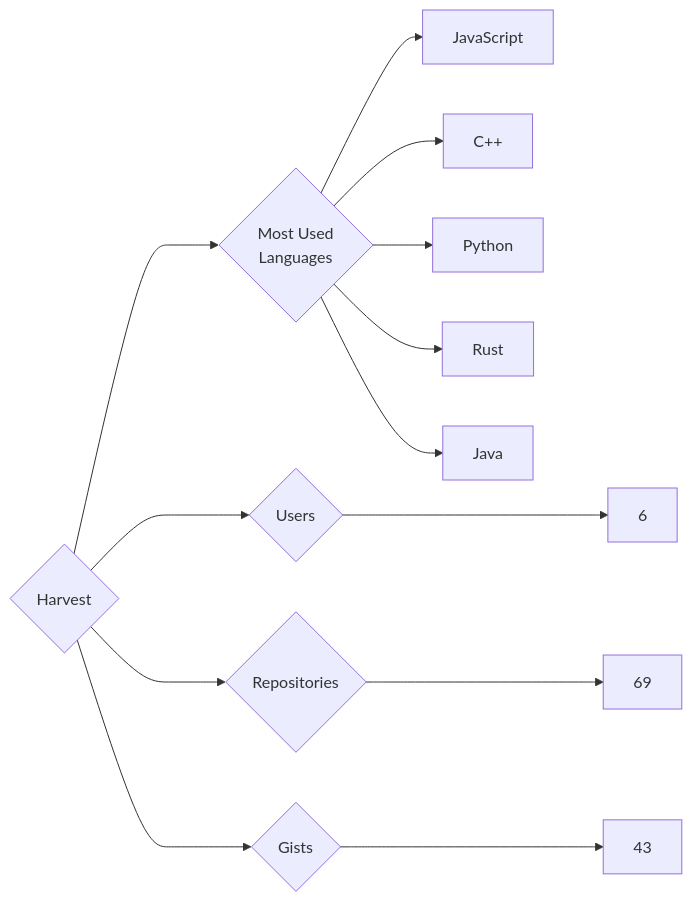
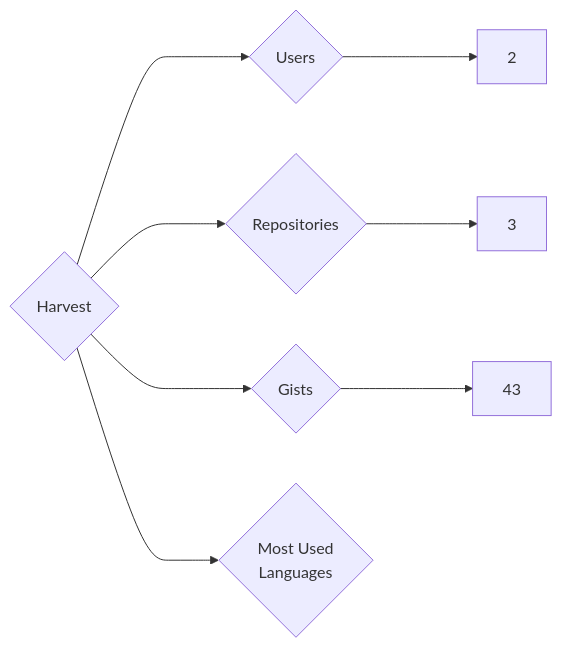
Before and after one commit to trickest/insiders: the diagram in targets/Harvest/README.md, drawn with Mermaid. The commit also changed 1195 other files, not shown here.

````diff
--- a/targets/Harvest/README.md
+++ b/targets/Harvest/README.md
@@ -3,13 +3,8 @@
 ```mermaid
 graph LR
 COMPANY_NAME{Harvest}
-COMPANY_NAME ---> U{Users} ---> UN[6]
-COMPANY_NAME ---> R{Repositories} ---> RN[69]
+COMPANY_NAME ---> U{Users} ---> UN[2]
+COMPANY_NAME ---> R{Repositories} ---> RN[3]
 COMPANY_NAME ---> G{Gists} ---> GN[43]
 COMPANY_NAME ---> ML{Most Used<br>Languages}
-ML --> JavaScript[JavaScript]
-ML --> C++[C++]
-ML --> Python[Python]
-ML --> Rust[Rust]
-ML --> Java[Java]
 ```
````
